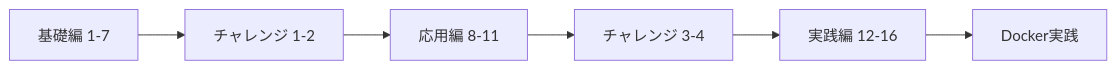
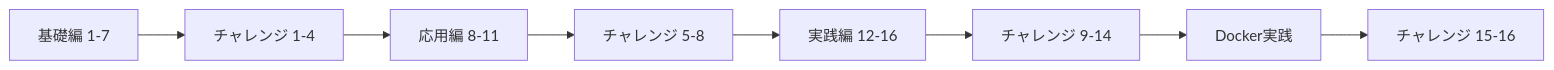
One commit to c3stream/go-async-practice changed the diagram in README_ja.md. Above: the diagram before and after it, drawn with Mermaid. The commit also changed other lines of this file and 25 other files, not shown here.

````diff
--- a/README_ja.md
+++ b/README_ja.md
@@ -205,8 +219,10 @@
 ```mermaid
 graph LR
-    A[基礎編 1-7] --> B[チャレンジ 1-2]
+    A[基礎編 1-7] --> B[チャレンジ 1-4]
     B --> C[応用編 8-11]
-    C --> D[チャレンジ 3-4]
+    C --> D[チャレンジ 5-8]
     D --> E[実践編 12-16]
-    E --> F[Docker実践]
+    E --> F[チャレンジ 9-14]
+    F --> G[Docker実践]
+    G --> H[チャレンジ 15-16]
 ```
````
